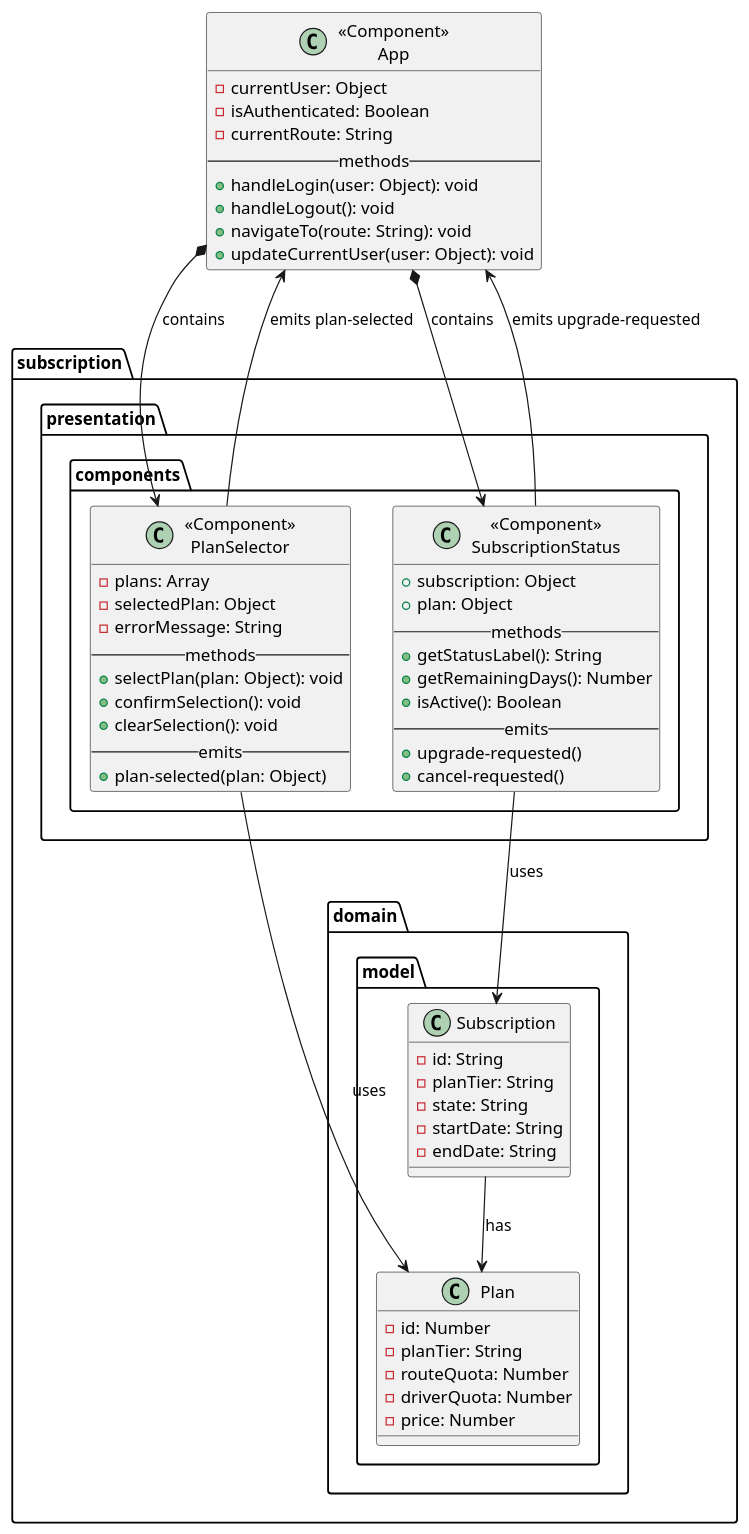
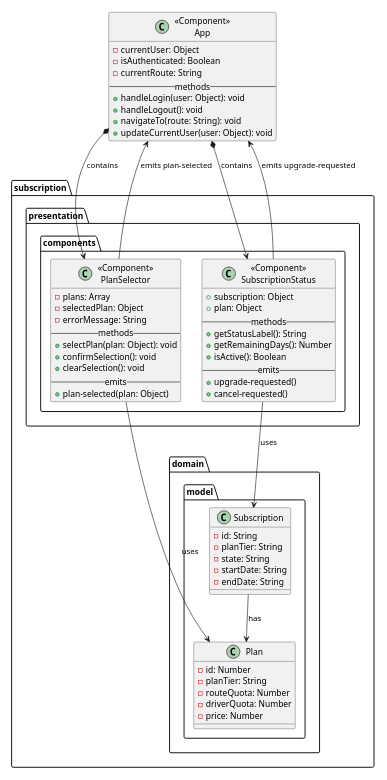
Before and after one commit to PowerTech-NRC12053/saferoute-webapp: the diagram in saferoute/docs/saferoute-frontend-subscription.puml, drawn with PlantUML. The commit also changed 5 other files, not shown here.

```diff
--- a/saferoute/docs/saferoute-frontend-subscription.puml
+++ b/saferoute/docs/saferoute-frontend-subscription.puml
@@ -1,67 +1,68 @@
 @startuml
+scale 0.5
 skinparam monochrome false
 
 class "«Component»\nApp" as App {
   -currentUser: Object
   -isAuthenticated: Boolean
   -currentRoute: String
   -- methods --
   +handleLogin(user: Object): void
   +handleLogout(): void
   +navigateTo(route: String): void
   +updateCurrentUser(user: Object): void
 }
 
 package "subscription" {
   package "domain.model" {
     class "Subscription" as SubModel {
       -id: String
       -planTier: String
       -state: String
       -startDate: String
       -endDate: String
     }
     class "Plan" as PlanModel {
       -id: Number
       -planTier: String
       -routeQuota: Number
       -driverQuota: Number
       -price: Number
     }
   }
   package "presentation.components" {
     class "«Component»\nPlanSelector" as PlanSelector {
       -plans: Array
       -selectedPlan: Object
       -errorMessage: String
       -- methods --
       +selectPlan(plan: Object): void
       +confirmSelection(): void
       +clearSelection(): void
       -- emits --
       +plan-selected(plan: Object)
     }
 
     class "«Component»\nSubscriptionStatus" as SubscriptionStatus {
       +subscription: Object
       +plan: Object
       -- methods --
       +getStatusLabel(): String
       +getRemainingDays(): Number
       +isActive(): Boolean
       -- emits --
       +upgrade-requested()
       +cancel-requested()
     }
   }
 }
 
 App *-down-> PlanSelector : contains
 App *-down-> SubscriptionStatus : contains
 PlanSelector -up-> App : emits plan-selected
 SubscriptionStatus -up-> App : emits upgrade-requested
 PlanSelector --> PlanModel : uses
 SubscriptionStatus --> SubModel : uses
 SubModel --> PlanModel : has
 
 @enduml
```
